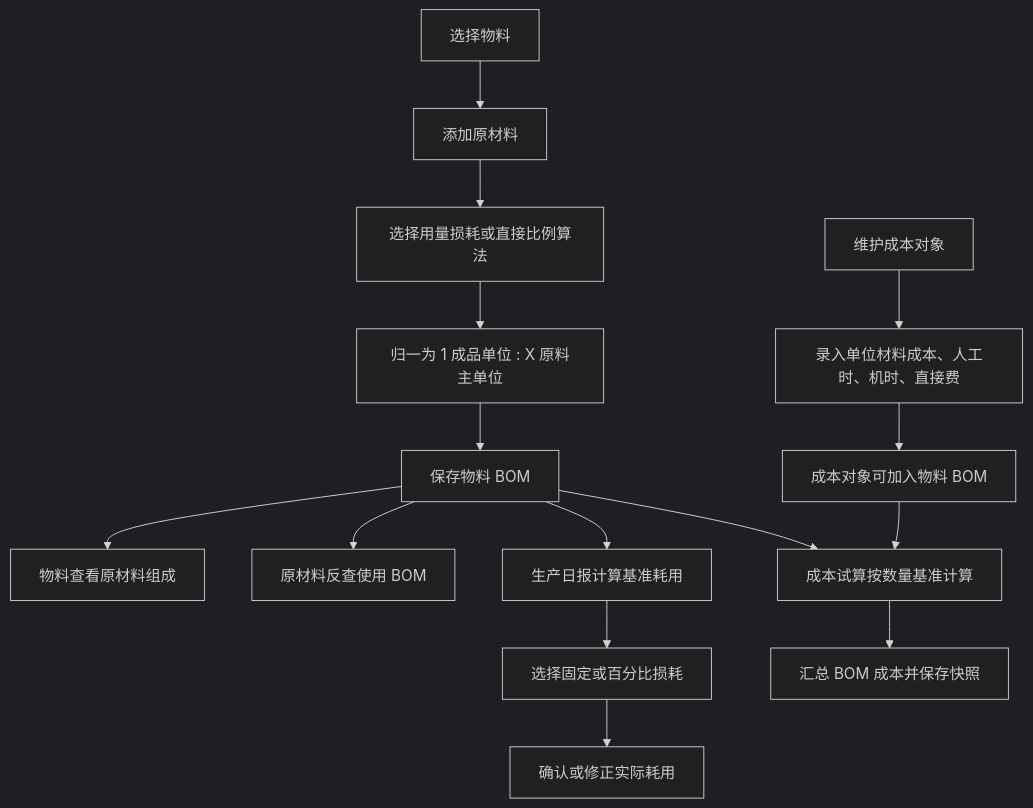
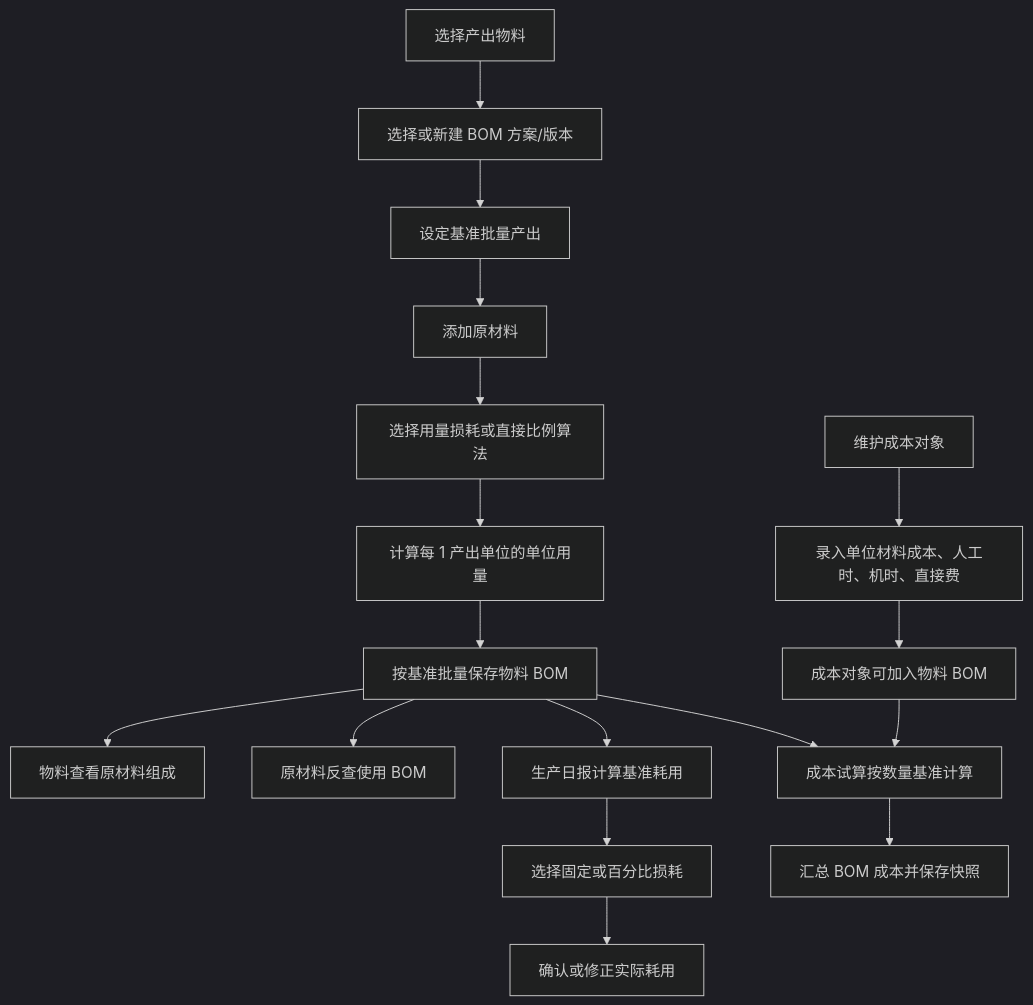
Before and after one commit to goldf2/mes-lite: diagram 12 of 16 in docs/minierp/system-function-flow.md, drawn with Mermaid (dark theme). The commit also changed other lines of this file and 23 other files, not shown here.

````diff
--- a/docs/minierp/system-function-flow.md
+++ b/docs/minierp/system-function-flow.md
@@ -386,17 +386,19 @@
 ```mermaid
 flowchart TD
-  A["选择物料"] --> B["添加原材料"]
+  A["选择产出物料"] --> V["选择或新建 BOM 方案/版本"]
+  V --> Q["设定基准批量产出"]
+  Q --> B["添加原材料"]
   B --> C["选择用量损耗或直接比例算法"]
-  C --> R["归一为 1 成品单位 : X 原料主单位"]
-  R --> D["保存物料 BOM"]
+  C --> R["计算每 1 产出单位的单位用量"]
+  R --> D["按基准批量保存物料 BOM"]
   D --> E["物料查看原材料组成"]
   D --> F["原材料反查使用 BOM"]
   D --> G["成本试算按数量基准计算"]
   D --> P["生产日报计算基准耗用"]
   P --> L["选择固定或百分比损耗"]
   L --> M["确认或修正实际耗用"]
   H["维护成本对象"] --> I["录入单位材料成本、人工时、机时、直接费"]
   I --> J["成本对象可加入物料 BOM"]
   J --> G
   G --> K["汇总 BOM 成本并保存快照"]
 ```
````
